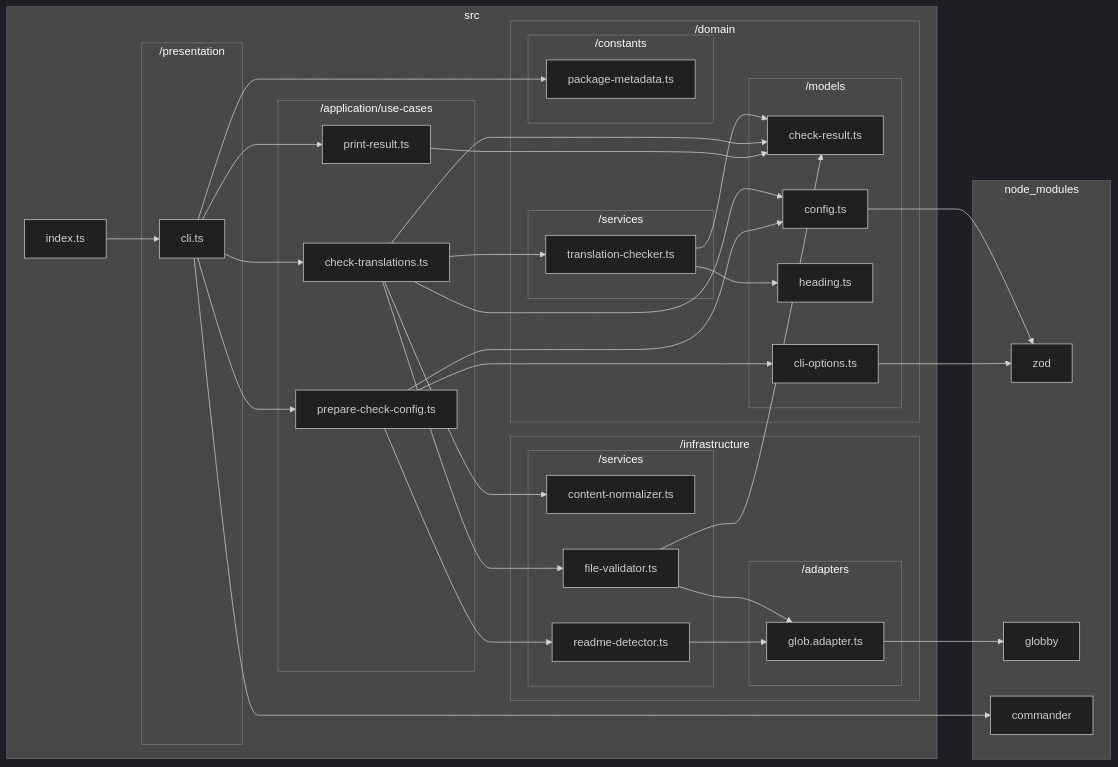
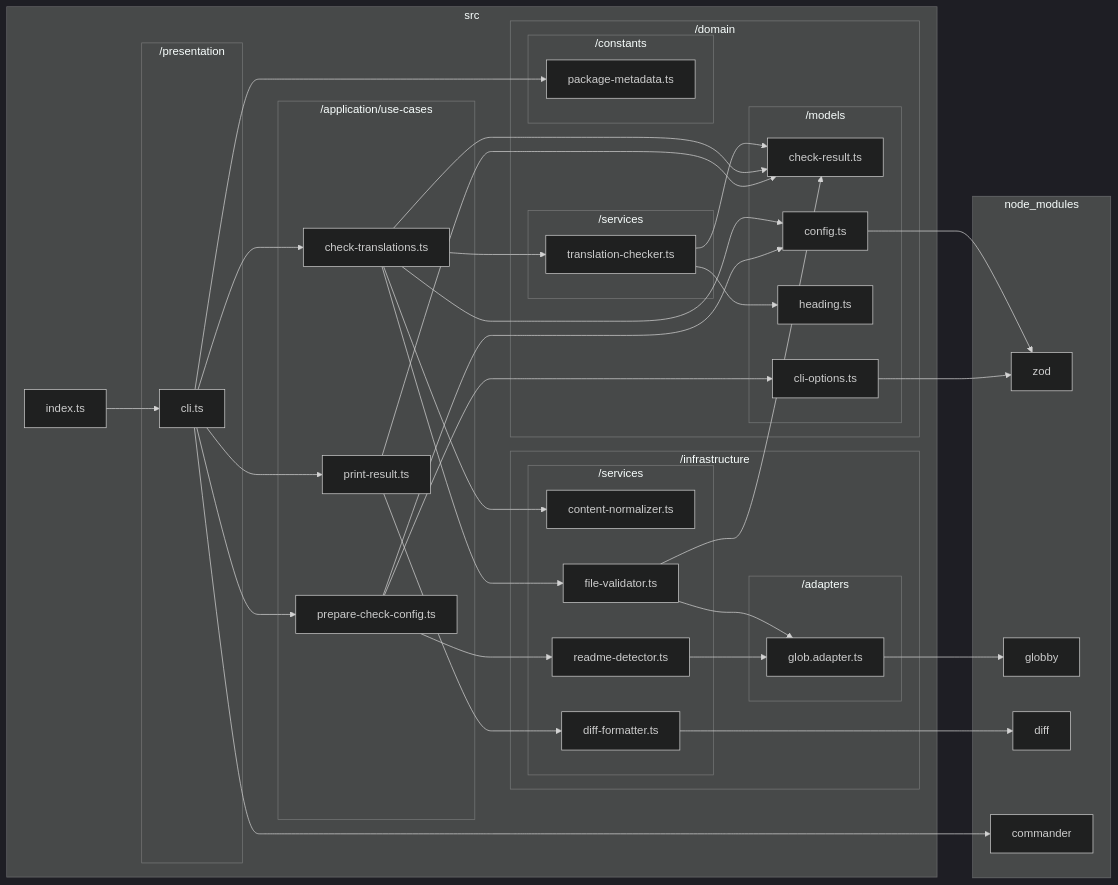
The diagram in docs/reports/dependencies/deps-graph.md (sugurutakahashi-1234/readme-i18n-sentinel), drawn with Mermaid (dark theme) before and after one commit. The commit also changed 5 other files, not shown here.

````diff
--- a/docs/reports/dependencies/deps-graph.md
+++ b/docs/reports/dependencies/deps-graph.md
@@ -7,66 +7,70 @@
 ```mermaid
 flowchart LR
     subgraph src["src"]
         src/index.ts["index.ts"]
         subgraph src/domain["/domain"]
             subgraph src/domain/models["/models"]
                 src/domain/models/check//result.ts["check-result.ts"]
                 src/domain/models/config.ts["config.ts"]
                 src/domain/models/heading.ts["heading.ts"]
                 src/domain/models/cli//options.ts["cli-options.ts"]
             end
             subgraph src/domain/services["/services"]
                 src/domain/services/translation//checker.ts["translation-checker.ts"]
             end
             subgraph src/domain/constants["/constants"]
                 src/domain/constants/package//metadata.ts["package-metadata.ts"]
             end
         end
         subgraph src/infrastructure["/infrastructure"]
             subgraph src/infrastructure/services["/services"]
                 src/infrastructure/services/content//normalizer.ts["content-normalizer.ts"]
                 src/infrastructure/services/file//validator.ts["file-validator.ts"]
                 src/infrastructure/services/readme//detector.ts["readme-detector.ts"]
+                src/infrastructure/services/diff//formatter.ts["diff-formatter.ts"]
             end
             subgraph src/infrastructure/adapters["/adapters"]
                 src/infrastructure/adapters/glob.adapter.ts["glob.adapter.ts"]
             end
         end
         subgraph src/application/use//cases["/application/use-cases"]
             src/application/use//cases/check//translations.ts["check-translations.ts"]
             src/application/use//cases/prepare//check//config.ts["prepare-check-config.ts"]
             src/application/use//cases/print//result.ts["print-result.ts"]
         end
         subgraph src/presentation["/presentation"]
             src/presentation/cli.ts["cli.ts"]
         end
     end
     subgraph node//modules["node_modules"]
         node//modules/zod/index.d.cts["zod"]
         node//modules/globby/index.d.ts["globby"]
+        node//modules/diff/libcjs/index.d.ts["diff"]
         node//modules/commander/typings/index.d.ts["commander"]
     end
     src/domain/models/config.ts-->node//modules/zod/index.d.cts
     src/domain/services/translation//checker.ts-->src/domain/models/check//result.ts
     src/domain/services/translation//checker.ts-->src/domain/models/heading.ts
     src/infrastructure/adapters/glob.adapter.ts-->node//modules/globby/index.d.ts
     src/infrastructure/services/file//validator.ts-->src/domain/models/check//result.ts
     src/infrastructure/services/file//validator.ts-->src/infrastructure/adapters/glob.adapter.ts
     src/application/use//cases/check//translations.ts-->src/domain/models/check//result.ts
     src/application/use//cases/check//translations.ts-->src/domain/models/config.ts
     src/application/use//cases/check//translations.ts-->src/domain/services/translation//checker.ts
     src/application/use//cases/check//translations.ts-->src/infrastructure/services/content//normalizer.ts
     src/application/use//cases/check//translations.ts-->src/infrastructure/services/file//validator.ts
     src/domain/models/cli//options.ts-->node//modules/zod/index.d.cts
     src/infrastructure/services/readme//detector.ts-->src/infrastructure/adapters/glob.adapter.ts
     src/application/use//cases/prepare//check//config.ts-->src/domain/models/cli//options.ts
     src/application/use//cases/prepare//check//config.ts-->src/domain/models/config.ts
     src/application/use//cases/prepare//check//config.ts-->src/infrastructure/services/readme//detector.ts
+    src/infrastructure/services/diff//formatter.ts-->node//modules/diff/libcjs/index.d.ts
     src/application/use//cases/print//result.ts-->src/domain/models/check//result.ts
+    src/application/use//cases/print//result.ts-->src/infrastructure/services/diff//formatter.ts
     src/presentation/cli.ts-->node//modules/commander/typings/index.d.ts
     src/presentation/cli.ts-->src/application/use//cases/check//translations.ts
     src/presentation/cli.ts-->src/application/use//cases/prepare//check//config.ts
     src/presentation/cli.ts-->src/application/use//cases/print//result.ts
     src/presentation/cli.ts-->src/domain/constants/package//metadata.ts
     src/index.ts-->src/presentation/cli.ts
 ```
````
